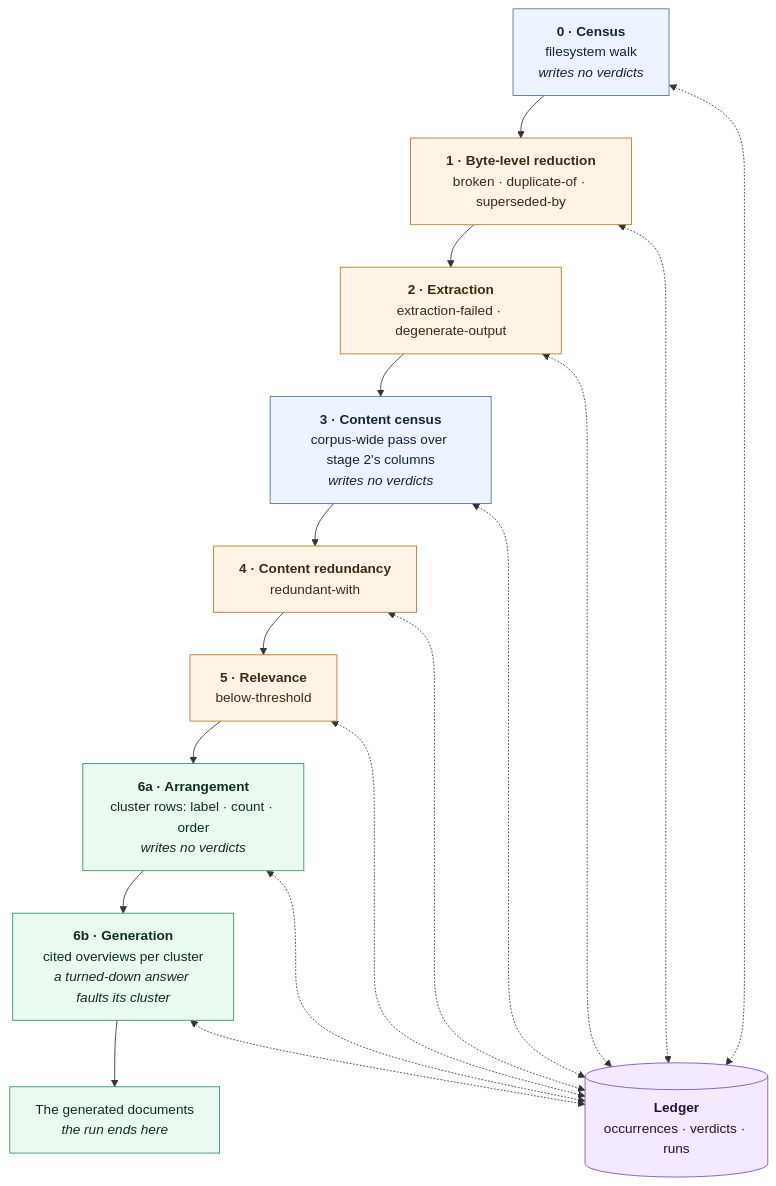
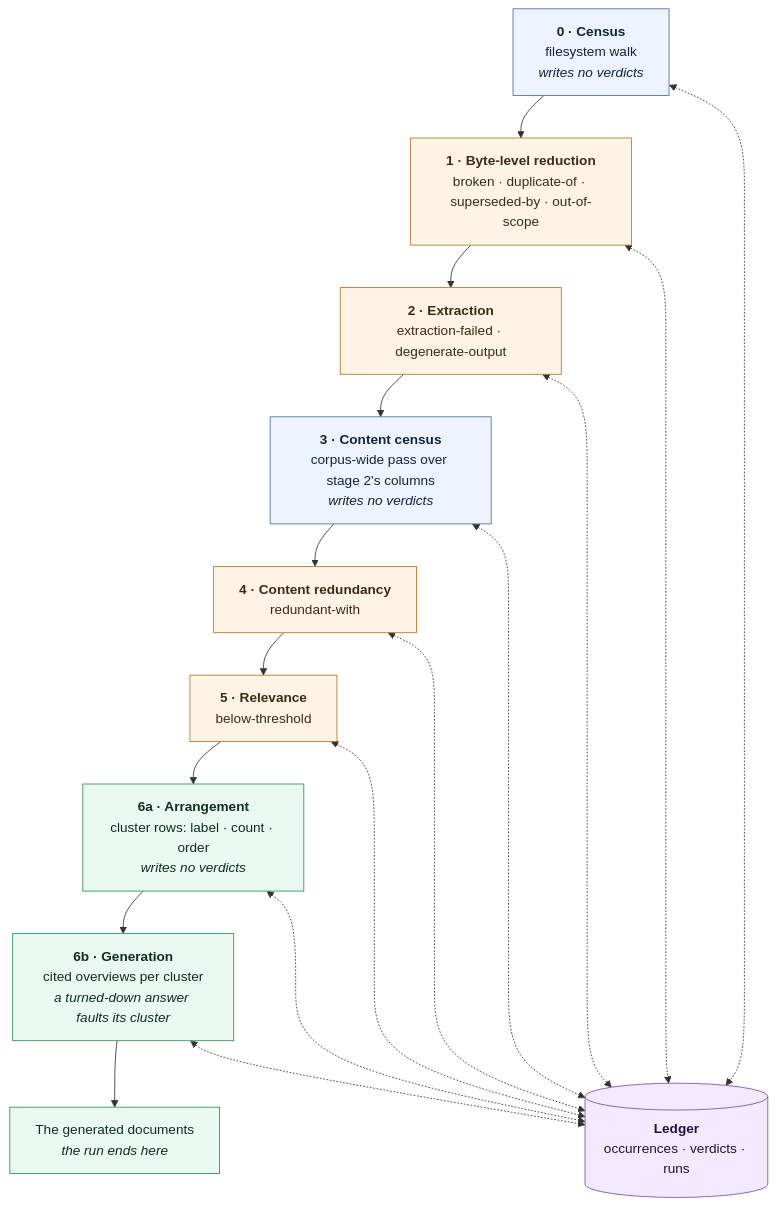
The first of 6 diagrams in docs/architecture.md (algernon28/vespera), drawn with Mermaid before and after one commit. The commit also changed other lines of this file and 16 other files, not shown here.

First line of the commit message:
Spreadsheets are out of scope, and stage 1 removes them with a verdict of their own (ADR-146, #278) (#281)

````diff
--- a/docs/architecture.md
+++ b/docs/architecture.md
@@ -35,33 +35,33 @@
 ```mermaid
 flowchart TD
     S0["<b>0 · Census</b><br/>filesystem walk<br/><i>writes no verdicts</i>"]
-    S1["<b>1 · Byte-level reduction</b><br/>broken · duplicate-of · superseded-by"]
+    S1["<b>1 · Byte-level reduction</b><br/>broken · duplicate-of · superseded-by · out-of-scope"]
     S2["<b>2 · Extraction</b><br/>extraction-failed · degenerate-output"]
     S3["<b>3 · Content census</b><br/>corpus-wide pass over stage 2's columns<br/><i>writes no verdicts</i>"]
     S4["<b>4 · Content redundancy</b><br/>redundant-with"]
     S5["<b>5 · Relevance</b><br/>below-threshold"]
     S6A["<b>6a · Arrangement</b><br/>cluster rows: label · count · order<br/><i>writes no verdicts</i>"]
     S6B["<b>6b · Generation</b><br/>cited overviews per cluster<br/><i>a turned-down answer faults its cluster</i>"]
     LEDGER[("<b>Ledger</b><br/>occurrences · verdicts · runs")]
     ART["The generated documents<br/><i>the run ends here</i>"]
 
     S0 --> S1 --> S2 --> S3 --> S4 --> S5 --> S6A --> S6B --> ART
 
     S0 <-.-> LEDGER
     S1 <-.-> LEDGER
     S2 <-.-> LEDGER
     S3 <-.-> LEDGER
     S4 <-.-> LEDGER
     S5 <-.-> LEDGER
     S6A <-.-> LEDGER
     S6B <-.-> LEDGER
 
     classDef measure fill:#eef4ff,stroke:#4a6fa5,color:#12243d
     classDef judge fill:#fff4e6,stroke:#b5762a,color:#3d2a12
     classDef out fill:#eafaf1,stroke:#2f8f5b,color:#0f2e1e
     classDef store fill:#f3eaff,stroke:#7a4fb5,color:#241238
     class S0,S3 measure
     class S1,S2,S4,S5 judge
     class S6A,S6B,ART out
     class LEDGER store
 ```
````
